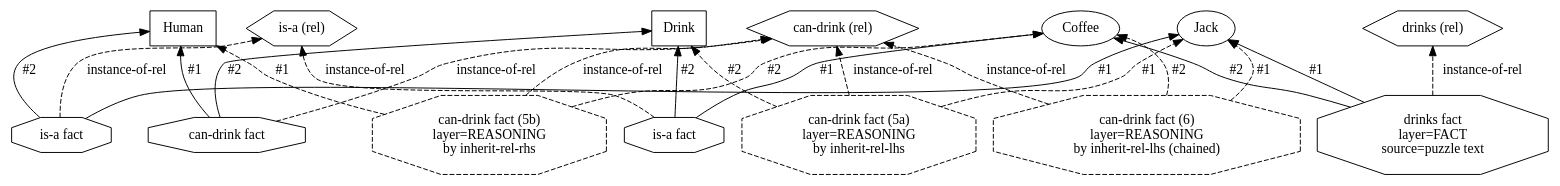
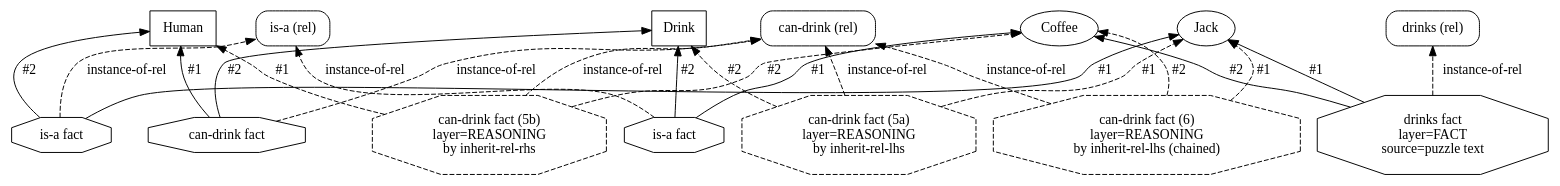
The third of 3 diagrams in docs/kernel/ir/01-ein-graph/04_jack_drinks_coffee.md (agutikov/ein), drawn with Graphviz before and after one commit. The commit also changed 10 other files, not shown here.

````diff
--- a/docs/kernel/ir/01-ein-graph/04_jack_drinks_coffee.md
+++ b/docs/kernel/ir/01-ein-graph/04_jack_drinks_coffee.md
@@ -205,74 +205,74 @@
 ```dot
 digraph jack_levi {
   rankdir=BT;
 
   // Relations (declarations) — shared across all facts of that name
-  rel_isa   [shape=hexagon, label="is-a (rel)"];
-  rel_can   [shape=hexagon, label="can-drink (rel)"];
-  rel_drink [shape=hexagon, label="drinks (rel)"];
+  rel_isa   [shape=box, style=rounded, label="is-a (rel)"];
+  rel_can   [shape=box, style=rounded, label="can-drink (rel)"];
+  rel_drink [shape=box, style=rounded, label="drinks (rel)"];
 
   // Types
   Human [shape=box];
   Drink [shape=box];
 
   // Instances
   Jack   [shape=ellipse];
   Coffee [shape=ellipse];
 
   // is-a facts (octagons)
   isa_jack [shape=octagon, label="is-a fact"];
   isa_jack -> Jack  [label="#1"];
   isa_jack -> Human [label="#2"];
   isa_jack -> rel_isa [style=dashed, label="instance-of-rel"];
 
   isa_coffee [shape=octagon, label="is-a fact"];
   isa_coffee -> Coffee [label="#1"];
   isa_coffee -> Drink  [label="#2"];
   isa_coffee -> rel_isa [style=dashed, label="instance-of-rel"];
 
   // Type-level can-drink fact
   can_HD [shape=octagon, label="can-drink fact"];
   can_HD -> Human [label="#1"];
   can_HD -> Drink [label="#2"];
   can_HD -> rel_can [style=dashed, label="instance-of-rel"];
 
   // Puzzle's explicit drinks fact (FACT layer)
   drinks_JC [
     shape=octagon,
     label="drinks fact\nlayer=FACT\nsource=puzzle text",
   ];
   drinks_JC -> Jack   [label="#1"];
   drinks_JC -> Coffee [label="#2"];
   drinks_JC -> rel_drink [style=dashed, label="instance-of-rel"];
 
   // Inherited (REASONING layer) — three derived facts, one per
   // closure cell. (5a) and (5b) fire from the seed; (6) chains through
   // either (5a) or (5b).
   can_JD [
     shape=octagon,
     label="can-drink fact (5a)\nlayer=REASONING\nby inherit-rel-lhs",
     style=dashed,
   ];
   can_JD -> Jack  [label="#1", style=dashed];
   can_JD -> Drink [label="#2", style=dashed];
   can_JD -> rel_can [style=dashed, label="instance-of-rel"];
 
   can_HC [
     shape=octagon,
     label="can-drink fact (5b)\nlayer=REASONING\nby inherit-rel-rhs",
     style=dashed,
   ];
   can_HC -> Human  [label="#1", style=dashed];
   can_HC -> Coffee [label="#2", style=dashed];
   can_HC -> rel_can [style=dashed, label="instance-of-rel"];
 
   can_JC [
     shape=octagon,
     label="can-drink fact (6)\nlayer=REASONING\nby inherit-rel-lhs (chained)",
     style=dashed,
   ];
   can_JC -> Jack   [label="#1", style=dashed];
   can_JC -> Coffee [label="#2", style=dashed];
   can_JC -> rel_can [style=dashed, label="instance-of-rel"];
 }
 ```
````
